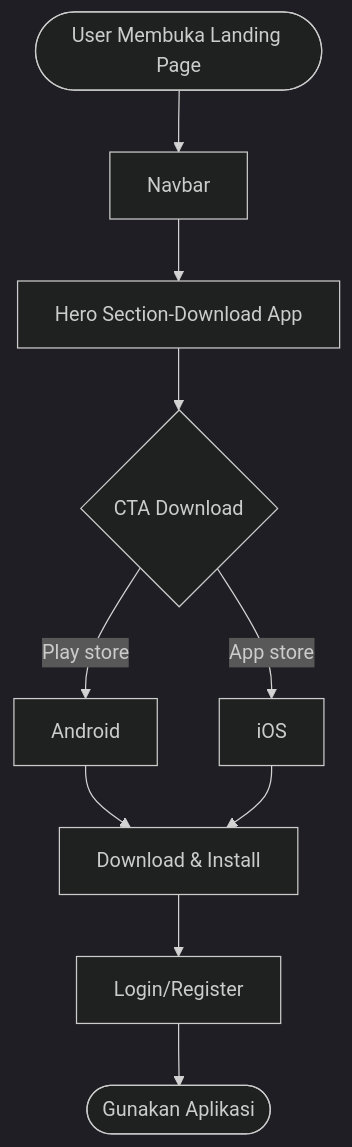
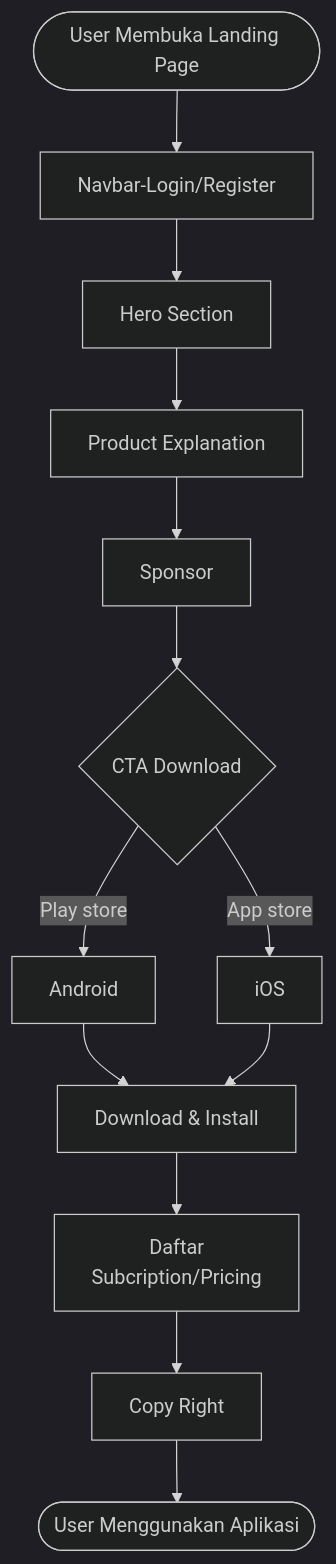
One commit to acountcodm2704-blip/Flow-chart changed the second of 2 diagrams in README.md. Above: the diagram before and after it, drawn with Mermaid (dark theme).

Commit message:
Update landing page flowchart in README.md

````diff
--- a/README.md
+++ b/README.md
@@ -45,14 +45,18 @@
 ```mermaid
 flowchart TD
-A([User Membuka Landing Page]) --> B[Navbar]
-B --> C[Hero Section-Download App]
-C --> D{CTA Download}
+A([User Membuka Landing Page]) --> B[Navbar-Login/Register]
+B --> C[Hero Section]
+C --> J[Product Explanation]
+J --> K[Sponsor]
+K --> D{CTA Download}
 D --> |Play store| E[Android] 
 D --> |App store| F[iOS]
 E --> G[Download & Install]
 F --> G
-G --> H[Login/Register]
-H --> I([Gunakan Aplikasi])
+G --> L[Daftar
+Subcription/Pricing]
+L --> H[Copy Right]
+H --> I([User Menggunakan Aplikasi])
 
 
 ```
````
